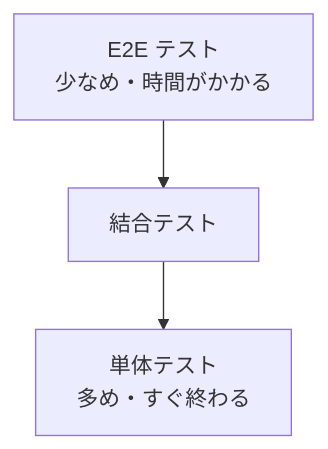
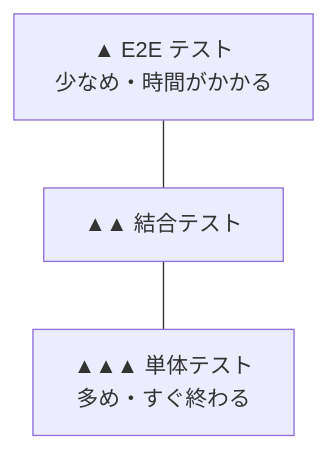
One commit to hakobunet/iica-koyama changed the second of 2 diagrams in docs/2年生_システム開発実践/後期/2026_12_11/テストについて.md. Above: the diagram before and after it, drawn with Mermaid. The commit also changed 64 other files, not shown here.

First line of the commit message:
docs: 授業資料にMermaid図解を追加し、ASCII図の置き換えと日本語表現を修正

````diff
--- a/docs/2年生_システム開発実践/後期/2026_12_11/テストについて.md
+++ b/docs/2年生_システム開発実践/後期/2026_12_11/テストについて.md
@@ -54,4 +54,4 @@
 ```mermaid
 graph TB
-    A[E2E テスト<br>少なめ・時間がかかる] --> B[結合テスト] --> C[単体テスト<br>多め・すぐ終わる]
+    A["▲ E2E テスト<br>少なめ・時間がかかる"] --- B["▲▲ 結合テスト"] --- C["▲▲▲ 単体テスト<br>多め・すぐ終わる"]
 ```
````
